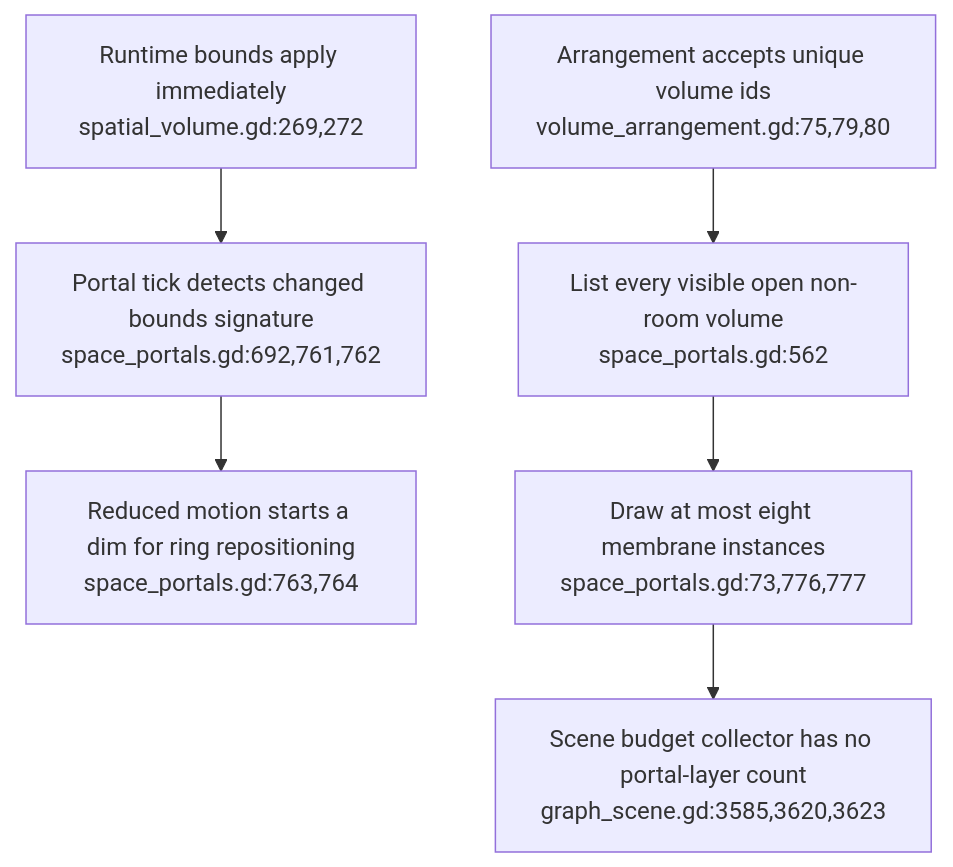
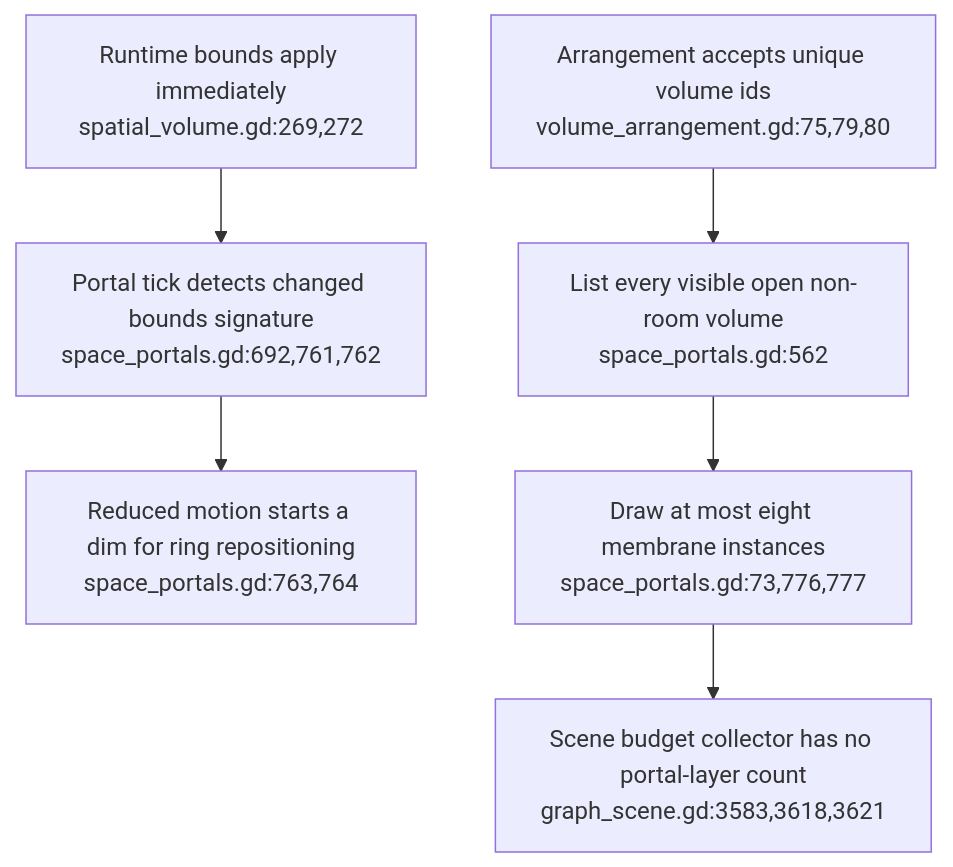
One commit to DreamLab-AI/VisionFlow changed the third of 3 diagrams in docs/diagrams/visionclaw/47-portal-entry-and-scaled-walkthrough.md. Above: the diagram before and after it, drawn with Mermaid. The commit also changed other lines of this file and 7 other files, not shown here.

First line of the commit message:
diagrams(visionclaw): re-verify VC-43..VC-50 at visionclaw 4900ec6

````diff
--- a/docs/diagrams/visionclaw/47-portal-entry-and-scaled-walkthrough.md
+++ b/docs/diagrams/visionclaw/47-portal-entry-and-scaled-walkthrough.md
@@ -57,8 +57,8 @@
 ```mermaid
 flowchart TD
     API["Runtime bounds apply immediately<br/>spatial_volume.gd:269,272"] --> SIG["Portal tick detects changed bounds signature<br/>space_portals.gd:692,761,762"]
     SIG --> DIM["Reduced motion starts a dim for ring repositioning<br/>space_portals.gd:763,764"]
     ADD["Arrangement accepts unique volume ids<br/>volume_arrangement.gd:75,79,80"] --> IDS["List every visible open non-room volume<br/>space_portals.gd:562"]
     IDS --> MM["Draw at most eight membrane instances<br/>space_portals.gd:73,776,777"]
-    MM --> GAP["Scene budget collector has no portal-layer count<br/>graph_scene.gd:3585,3620,3623"]
+    MM --> GAP["Scene budget collector has no portal-layer count<br/>graph_scene.gd:3583,3618,3621"]
 ```
````
